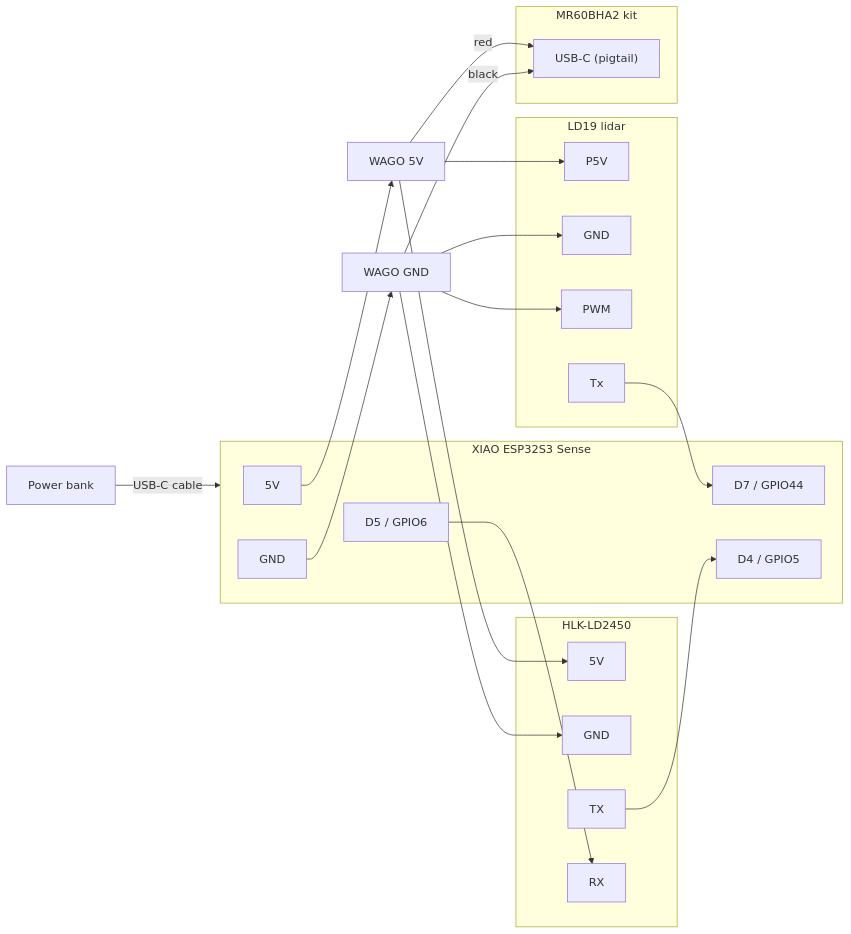
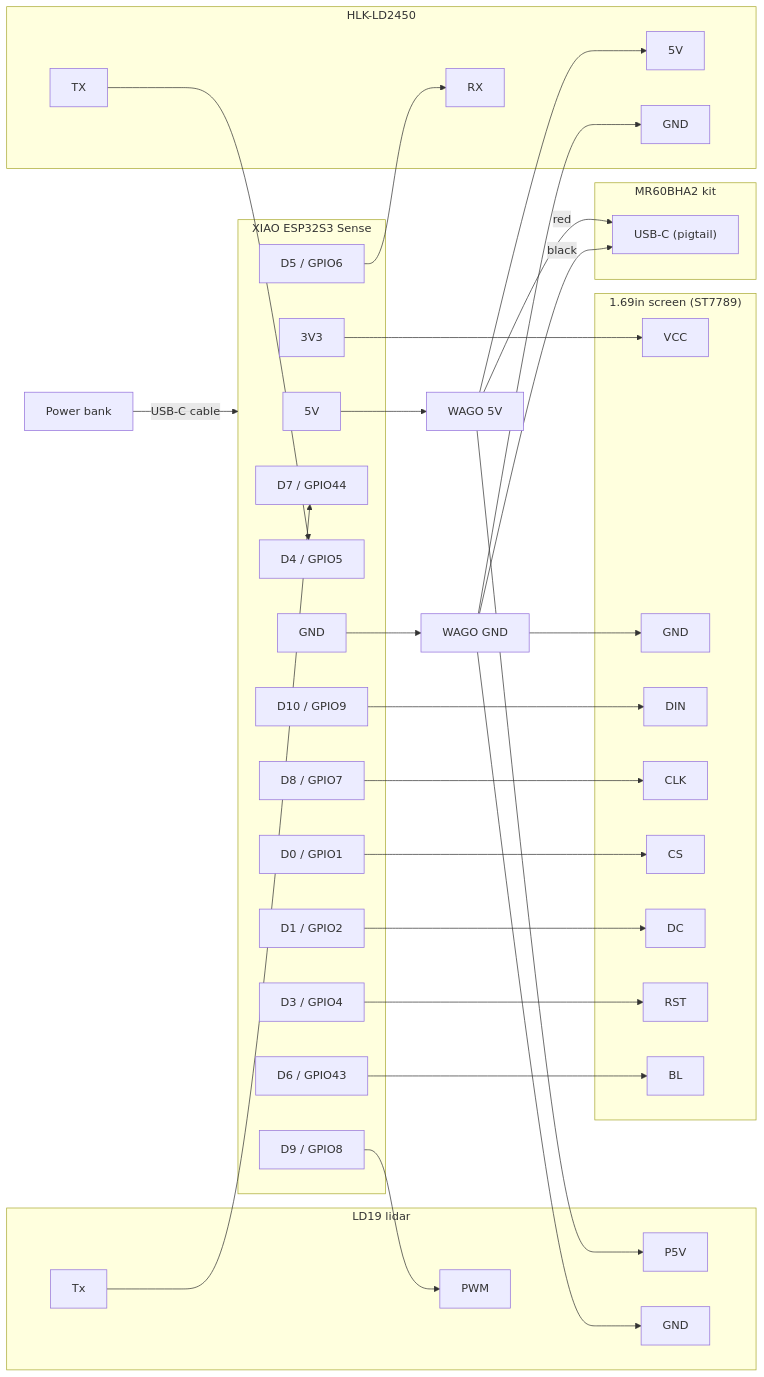
Before and after one commit to SebastienTr/Marvin: the diagram in docs/wiring.md, drawn with Mermaid. The commit also changed other lines of this file and 19 other files, not shown here.

````diff
--- a/docs/wiring.md
+++ b/docs/wiring.md
@@ -22,34 +22,47 @@
 ```mermaid
 flowchart LR
   BANK["Power bank"] -- "USB-C cable" --> XIAO
 
   subgraph XIAO["XIAO ESP32S3 Sense"]
-    P5V["5V"]; PGND["GND"]; D7["D7 / GPIO44"]; D4["D4 / GPIO5"]; D5["D5 / GPIO6"]
+    P5V["5V"]; PGND["GND"]; P33["3V3"]; D7["D7 / GPIO44"]; D4["D4 / GPIO5"]; D5["D5 / GPIO6"]; D9["D9 / GPIO8"]
+    D0["D0 / GPIO1"]; D1["D1 / GPIO2"]; D3["D3 / GPIO4"]; D6["D6 / GPIO43"]; D8["D8 / GPIO7"]; D10["D10 / GPIO9"]
   end
 
   W5["WAGO 5V"]; WG["WAGO GND"]
   P5V --> W5
   PGND --> WG
 
   subgraph LID["LD19 lidar"]
     L5["P5V"]; LG["GND"]; LP["PWM"]; LT["Tx"]
   end
   W5 --> L5
   WG --> LG
-  WG --> LP
+  D9 --> LP
   LT --> D7
 
   subgraph RAD["HLK-LD2450"]
     R5["5V"]; RG["GND"]; RT["TX"]; RR["RX"]
   end
   W5 --> R5
   WG --> RG
   RT --> D4
   D5 --> RR
 
   subgraph MR["MR60BHA2 kit"]
     MU["USB-C (pigtail)"]
   end
   W5 -- "red" --> MU
   WG -- "black" --> MU
+
+  subgraph LCD["1.69in screen (ST7789)"]
+    SV["VCC"]; SG["GND"]; SDIN["DIN"]; SCLK["CLK"]; SCS["CS"]; SDC["DC"]; SRST["RST"]; SBL["BL"]
+  end
+  P33 --> SV
+  WG --> SG
+  D10 --> SDIN
+  D8 --> SCLK
+  D0 --> SCS
+  D1 --> SDC
+  D3 --> SRST
+  D6 --> SBL
 ```
````
